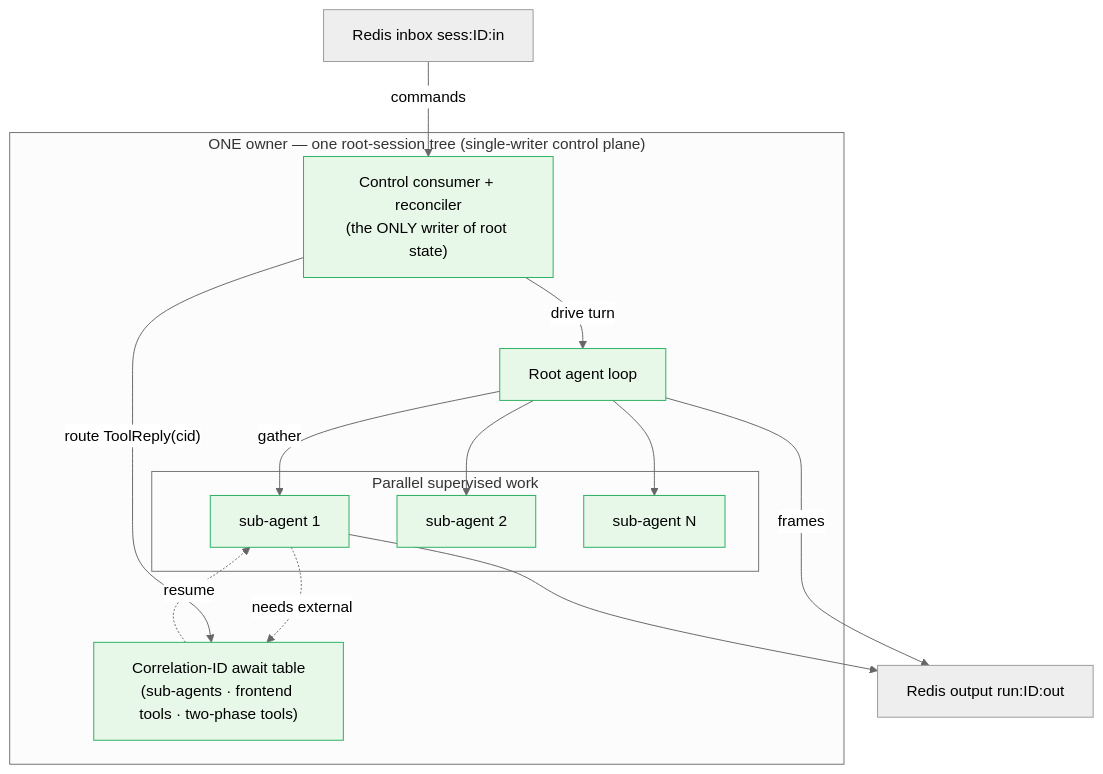
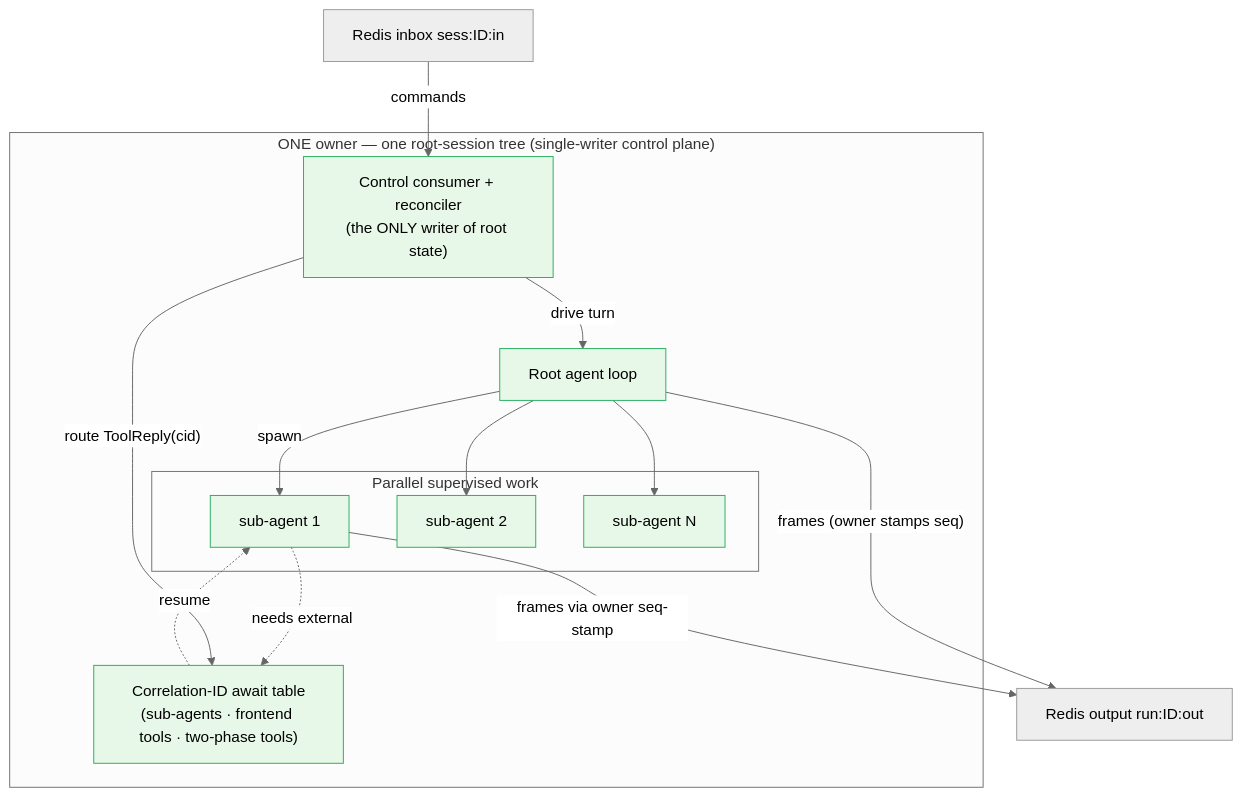
Diagram 11 of 18 in NEW_CONSOLIDATEED_ARCHITECTURE.md (AuroSoni/agent-harness), drawn with Mermaid (neutral theme) before and after one commit. The commit also changed other lines of this file and 2 other files, not shown here.

Commit message:
Add new architecture review document for `NEW_CONSOLIDATEED_ARCHITECTURE.md`, summarizing dual-model evaluations and consensus findings on the proposed agent runtime design, including critical insights on scope and idempotency.

````diff
--- a/NEW_CONSOLIDATEED_ARCHITECTURE.md
+++ b/NEW_CONSOLIDATEED_ARCHITECTURE.md
@@ -739,28 +760,28 @@
 ```mermaid
 flowchart TB
     IN["Redis inbox sess:ID:in"]
     OUT["Redis output run:ID:out"]
     subgraph Owner["ONE owner — one root-session tree (single-writer control plane)"]
         CTRL["Control consumer + reconciler<br/>(the ONLY writer of root state)"]
         ROOT["Root agent loop"]
         subgraph Tree["Parallel supervised work"]
             K1["sub-agent 1"]
             K2["sub-agent 2"]
             K3["sub-agent N"]
         end
         CID["Correlation-ID await table<br/>(sub-agents · frontend tools · two-phase tools)"]
     end
     IN -->|commands| CTRL
     CTRL -->|drive turn| ROOT
-    ROOT -->|gather| K1
+    ROOT -->|spawn| K1
     ROOT --> K2
     ROOT --> K3
     K1 -. needs external .-> CID
     CTRL -->|"route ToolReply(cid)"| CID
     CID -. resume .-> K1
-    ROOT -->|frames| OUT
-    K1 --> OUT
+    ROOT -->|"frames (owner stamps seq)"| OUT
+    K1 -->|"frames via owner seq-stamp"| OUT
 
     classDef prop fill:#e8f8e8,stroke:#27ae60,color:#000;
     class CTRL,ROOT,K1,K2,K3,CID prop;
 ```
````
